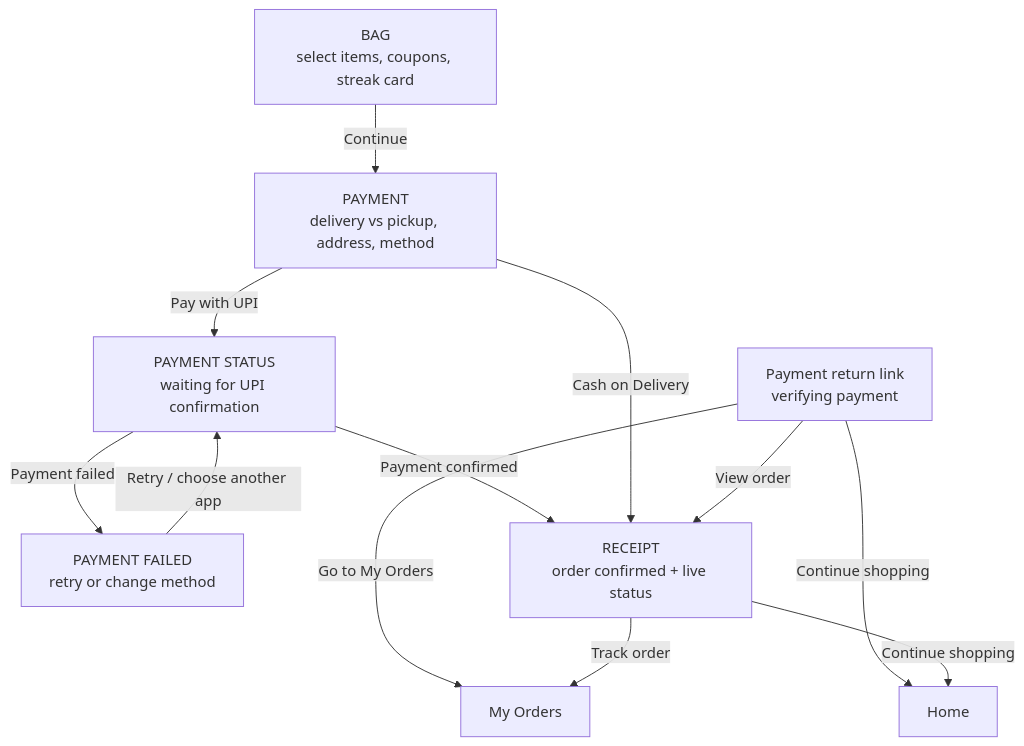
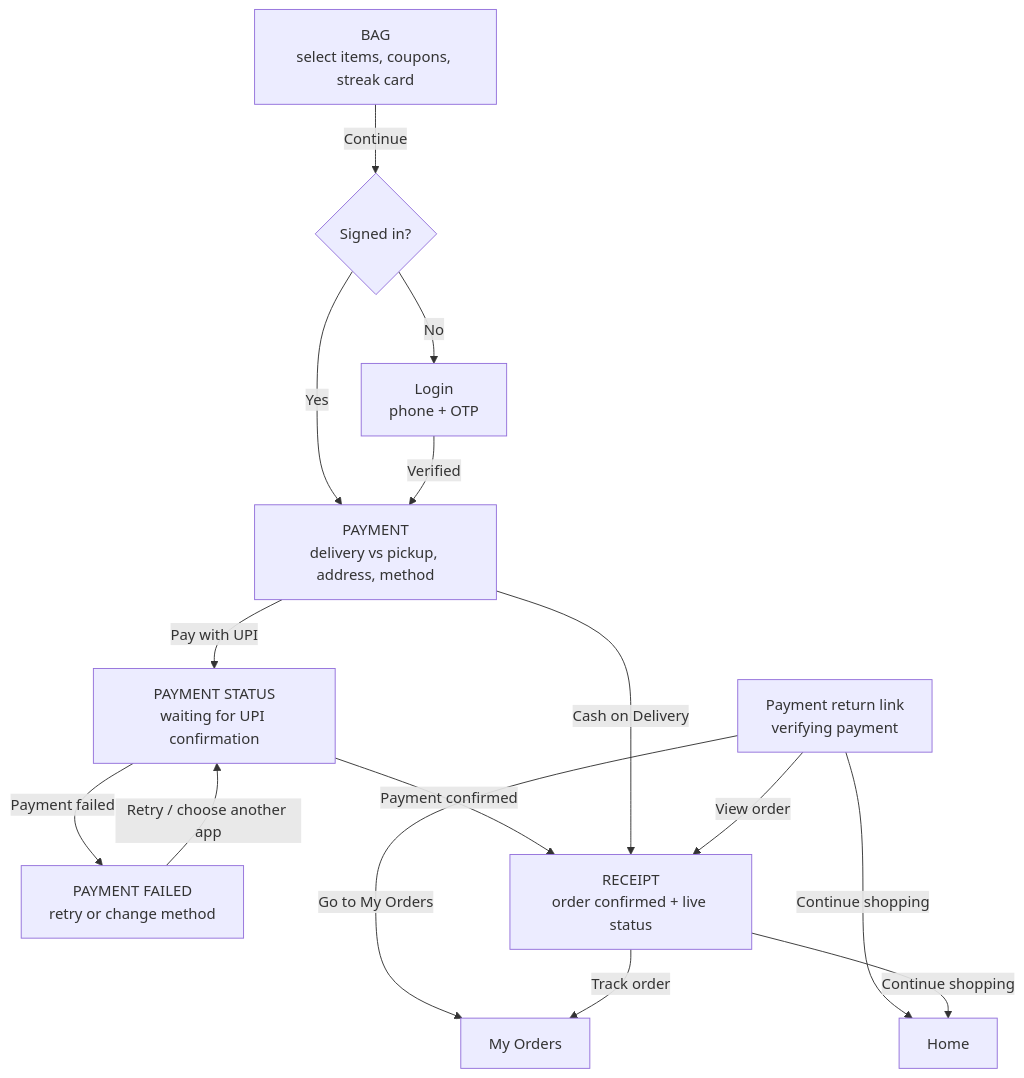
Before and after one commit to faazio-official/faazio-workspace: the ninth of 24 diagrams in docs/FAAZIO_USER_FLOW_GUIDE.md, drawn with Mermaid. The commit also changed other lines of this file and 127 other files, not shown here.

````diff
--- a/docs/FAAZIO_USER_FLOW_GUIDE.md
+++ b/docs/FAAZIO_USER_FLOW_GUIDE.md
@@ -419,23 +444,26 @@
 ```mermaid
 flowchart TD
   BAG["BAG<br/>select items, coupons, streak card"]
   PAY["PAYMENT<br/>delivery vs pickup, address, method"]
   STATUS["PAYMENT STATUS<br/>waiting for UPI confirmation"]
   FAILED["PAYMENT FAILED<br/>retry or change method"]
   RECEIPT["RECEIPT<br/>order confirmed + live status"]
   CALLBACK["Payment return link<br/>verifying payment"]
   HOME["Home"]
   ORDERS["My Orders"]
 
-  BAG -->|"Continue"| PAY
+  BAG -->|"Continue"| GATE{"Signed in?"}
+  GATE -->|"Yes"| PAY
+  GATE -->|"No"| LOGIN["Login<br/>phone + OTP"]
+  LOGIN -->|"Verified"| PAY
   PAY -->|"Pay with UPI"| STATUS
   STATUS -->|"Payment confirmed"| RECEIPT
   STATUS -->|"Payment failed"| FAILED
   FAILED -->|"Retry / choose another app"| STATUS
   PAY -->|"Cash on Delivery"| RECEIPT
   CALLBACK -->|"View order"| RECEIPT
   CALLBACK -->|"Go to My Orders"| ORDERS
   CALLBACK -->|"Continue shopping"| HOME
   RECEIPT -->|"Track order"| ORDERS
   RECEIPT -->|"Continue shopping"| HOME
 ```
````
